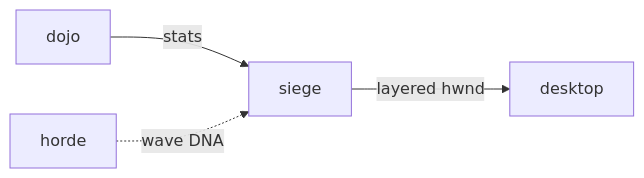
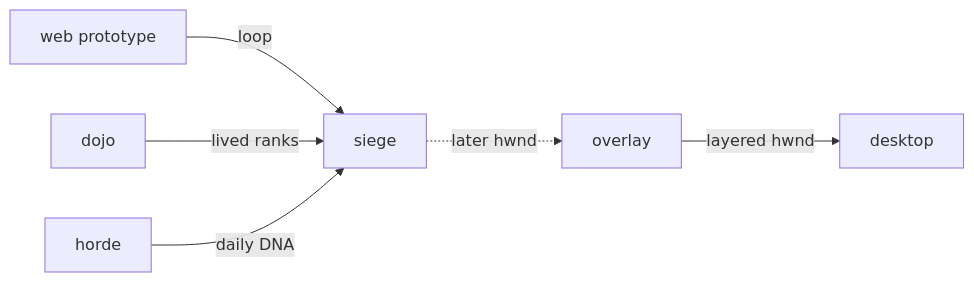
The diagram in README.md (RicheyWorks/computerpets-siege), drawn with Mermaid before and after one commit. The commit also changed other lines of this file and 183 other files, not shown here.

First line of the commit message:
Playable web Siege: Rui, Dojo ranks, Horde DNA

````diff
--- a/README.md
+++ b/README.md
@@ -35,6 +42,8 @@
 ```mermaid
 flowchart LR
-  siege -->|layered hwnd| desktop
-  dojo -->|stats| siege
-  horde -.->|wave DNA| siege
+  webProto[web prototype] -->|loop| siege
+  dojo -->|lived ranks| siege
+  horde -->|daily DNA| siege
+  siege -.->|later hwnd| overlay
+  overlay -->|layered hwnd| desktop
 ```
````
